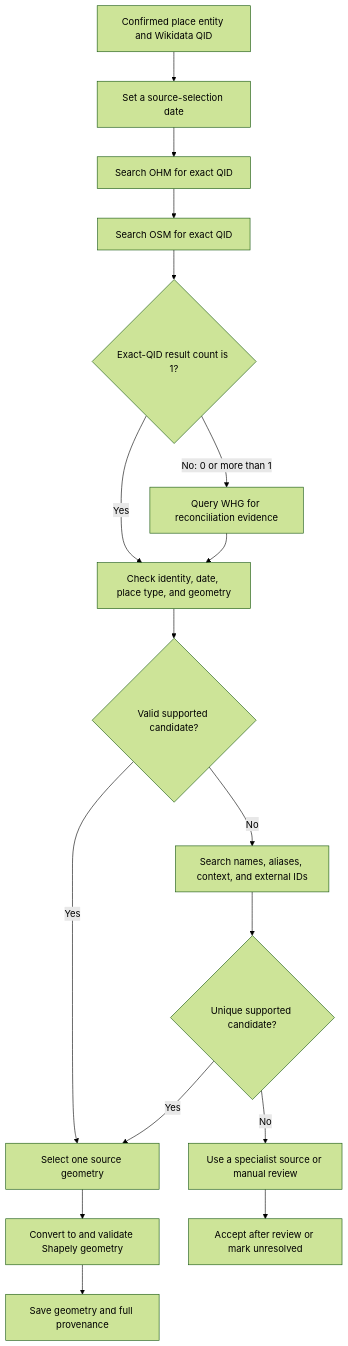
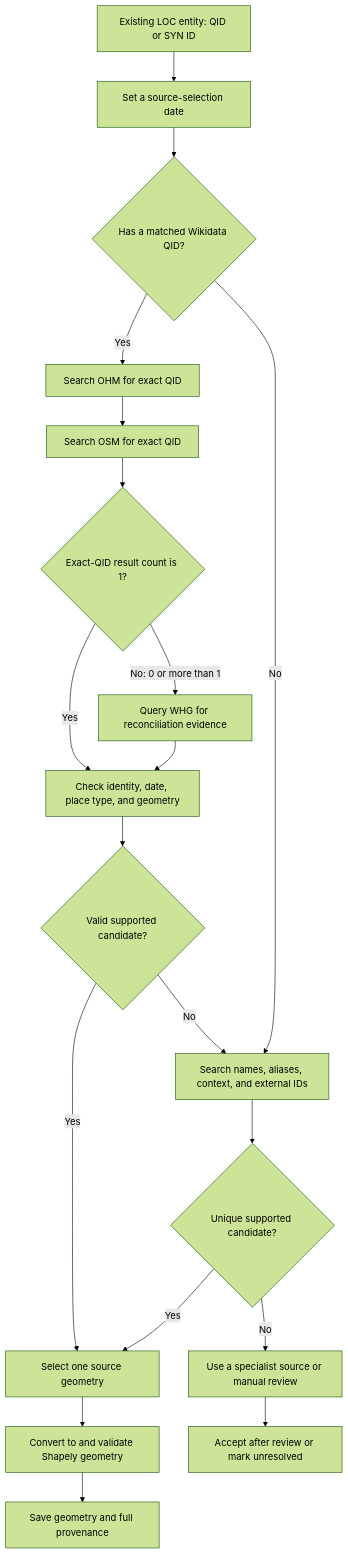
One commit to YehudRaanan/Corpus2GeoRAG_Pacific changed the diagram in docs/GEOCODING_HIGH_LEVEL_PROCESS.md. Above: the diagram before and after it, drawn with Mermaid (forest theme). The commit also changed other lines of this file and 8 other files, not shown here.

````diff
--- a/docs/GEOCODING_HIGH_LEVEL_PROCESS.md
+++ b/docs/GEOCODING_HIGH_LEVEL_PROCESS.md
@@ -28,19 +32,21 @@
 ```mermaid
 flowchart TD
-    A[Confirmed place entity and Wikidata QID] --> B[Set a source-selection date]
-    B --> C[Search OHM for exact QID]
+    A[Existing LOC entity: QID or SYN ID] --> B[Set a source-selection date]
+    B --> P{Has a matched Wikidata QID?}
+    P -- Yes --> C[Search OHM for exact QID]
+    P -- No --> J
     C --> D[Search OSM for exact QID]
     D --> E{Exact-QID result count is 1?}
     E -- Yes --> G[Check identity, date, place type, and geometry]
     E -- No: 0 or more than 1 --> F[Query WHG for reconciliation evidence]
     F --> G
     G --> H{Valid supported candidate?}
     H -- Yes --> I[Select one source geometry]
     H -- No --> J[Search names, aliases, context, and external IDs]
     J --> K{Unique supported candidate?}
     K -- Yes --> I
     K -- No --> L[Use a specialist source or manual review]
     I --> M[Convert to and validate Shapely geometry]
     M --> N[Save geometry and full provenance]
     L --> O[Accept after review or mark unresolved]
 ```
````
